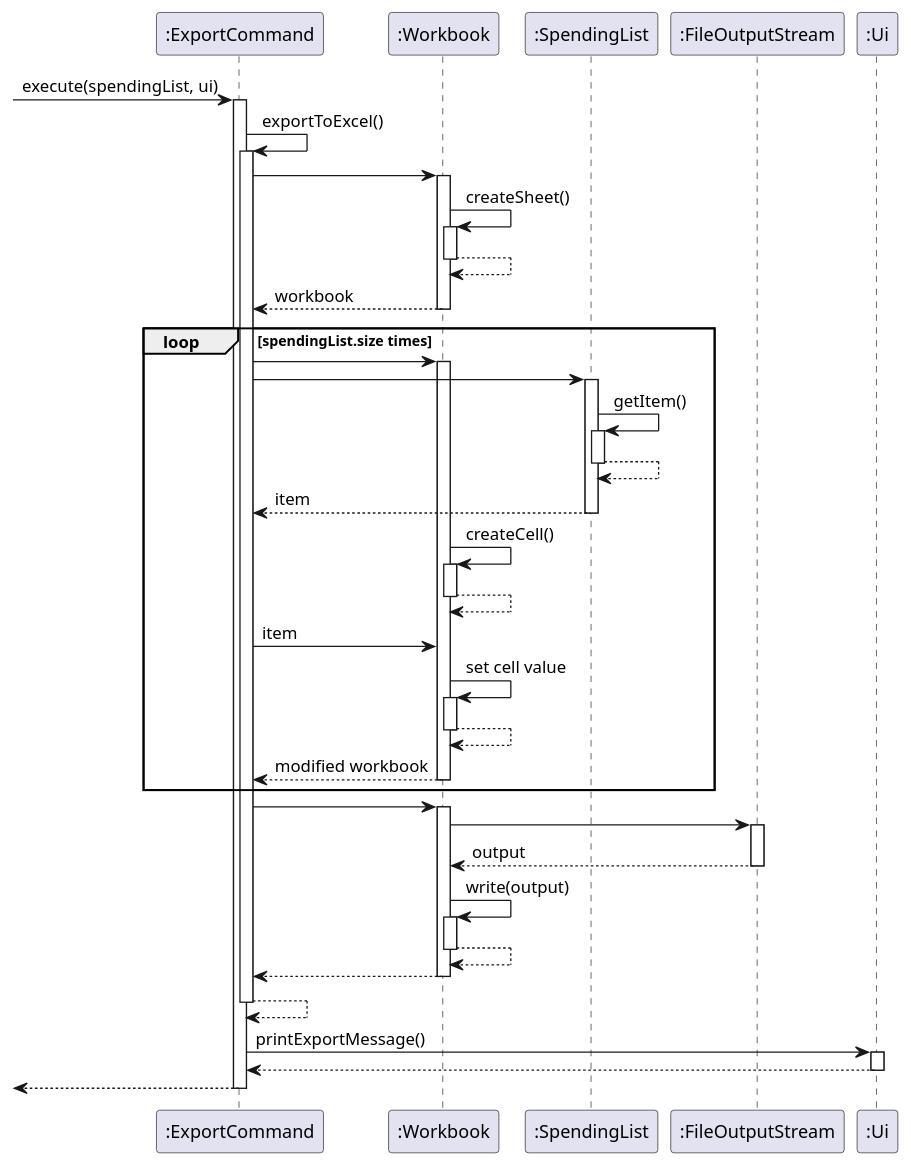
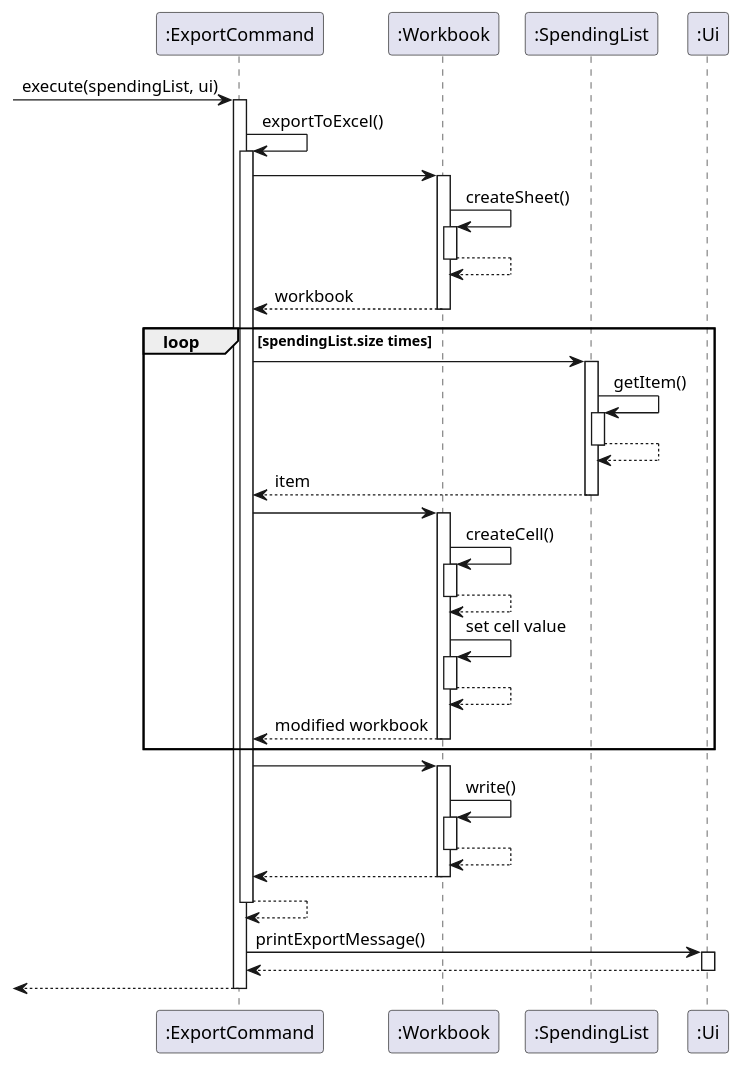
The diagram in src/uml/ExportCommand.puml (xieyaoyue/tp), drawn with PlantUML before and after one commit. The commit also changed 2 other files, not shown here.

Commit message:
Add implementation of ExportCommand to DG

```diff
--- a/src/uml/ExportCommand.puml
+++ b/src/uml/ExportCommand.puml
@@ -1,60 +1,56 @@
 @startuml
 ->":ExportCommand":execute(spendingList, ui)
 activate ":ExportCommand"
 ":ExportCommand" -> ":ExportCommand" : exportToExcel()
 activate ":ExportCommand"
 ":ExportCommand" -> ":Workbook"
 activate ":Workbook"
 ":Workbook" -> ":Workbook" : createSheet()
 activate ":Workbook"
 ":Workbook" --> ":Workbook"
 deactivate ":Workbook"
 ":Workbook" --> ":ExportCommand" : workbook
 deactivate ":Workbook"
 
 loop spendingList.size times
 
-":ExportCommand" -> ":Workbook"
-activate ":Workbook"
+
 ":ExportCommand" -> ":SpendingList"
 activate ":SpendingList"
 ":SpendingList" -> ":SpendingList" : getItem()
 activate ":SpendingList"
 ":SpendingList" --> ":SpendingList"
 deactivate ":SpendingList"
 ":SpendingList" --> ":ExportCommand" : item
 deactivate ":SpendingList"
 
+":ExportCommand" -> ":Workbook"
+activate ":Workbook"
 ":Workbook" -> ":Workbook": createCell()
 activate ":Workbook"
 ":Workbook" --> ":Workbook"
 deactivate ":Workbook"
-":ExportCommand" -> ":Workbook" : item
 ":Workbook" -> ":Workbook" : set cell value
 activate ":Workbook"
 ":Workbook" --> ":Workbook"
 deactivate ":Workbook"
 ":Workbook" --> ":ExportCommand" : modified workbook
 deactivate ":Workbook"
 end
 ":ExportCommand" -> ":Workbook"
 activate ":Workbook"
-":Workbook" -> ":FileOutputStream"
-activate ":FileOutputStream"
-":FileOutputStream" --> ":Workbook" : output
-deactivate ":FileOutputStream"
-":Workbook" -> ":Workbook" : write(output)
+":Workbook" -> ":Workbook" : write()
 activate ":Workbook"
 ":Workbook" --> ":Workbook"
 deactivate ":Workbook"
 ":Workbook" --> ":ExportCommand"
 deactivate ":Workbook"
 ":ExportCommand" --> ":ExportCommand" :
 deactivate ":ExportCommand"
 ":ExportCommand" -> ":Ui": printExportMessage()
 activate ":Ui"
 ":Ui"-->":ExportCommand":
 deactivate ":Ui"
 <--":ExportCommand"
 deactivate ":ExportCommand"
 @enduml
```
